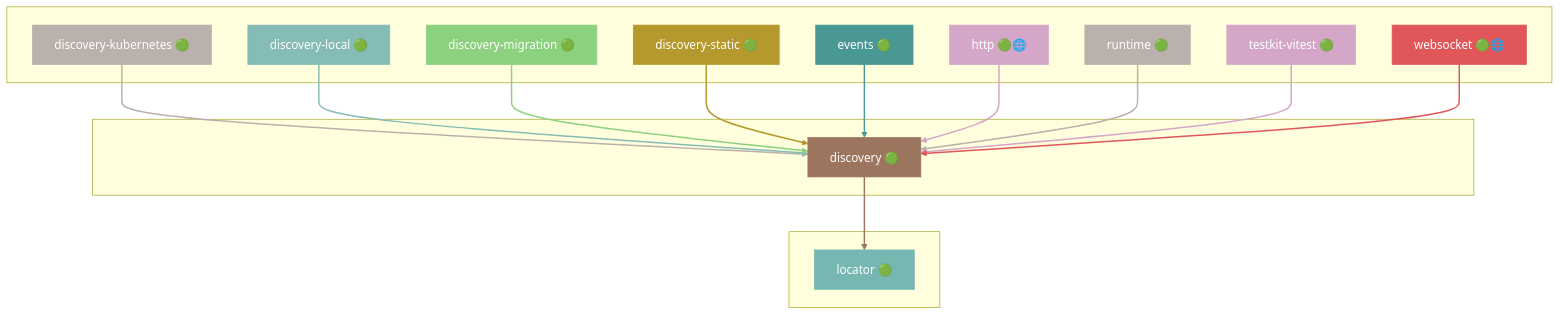
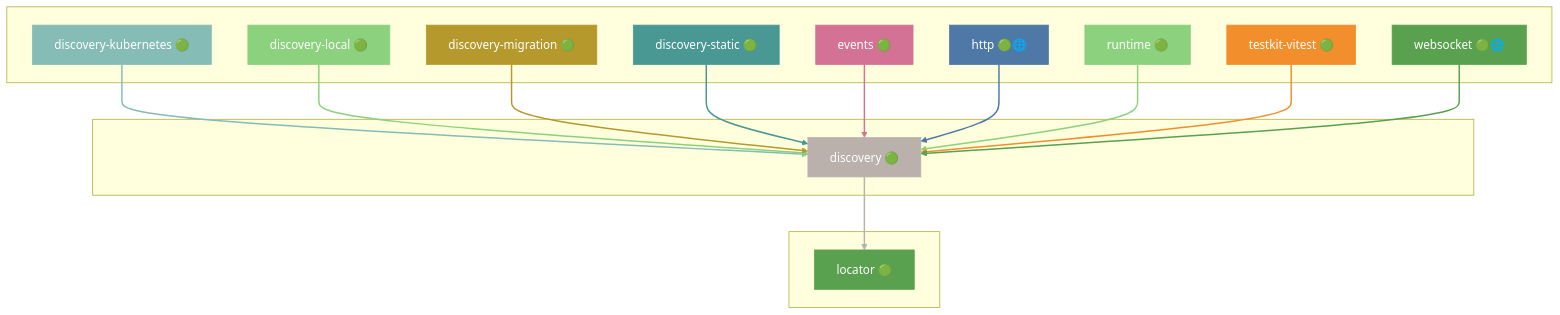
Before and after one commit to grest-ts/grest-ts: diagram 11 of 42 in docs/DEPENDENCIES.md, drawn with Mermaid. The commit also changed other lines of this file and 11 other files, not shown here.

````diff
--- a/docs/DEPENDENCIES.md
+++ b/docs/DEPENDENCIES.md
@@ -637,51 +691,51 @@
 ```mermaid
 flowchart TB
     subgraph Dependents[" "]
         discovery-kubernetes["discovery-kubernetes 🟢"]
         discovery-local["discovery-local 🟢"]
         discovery-migration["discovery-migration 🟢"]
         discovery-static["discovery-static 🟢"]
         events["events 🟢"]
         http["http 🟢🌐"]
         runtime["runtime 🟢"]
         testkit-vitest["testkit-vitest 🟢"]
         websocket["websocket 🟢🌐"]
     end
     subgraph Package[" "]
         discovery["discovery 🟢"]
     end
     subgraph Dependencies[" "]
         locator["locator 🟢"]
     end
     discovery-kubernetes --> discovery
     discovery-local --> discovery
     discovery-migration --> discovery
     discovery-static --> discovery
     events --> discovery
     http --> discovery
     runtime --> discovery
     testkit-vitest --> discovery
     websocket --> discovery
     discovery --> locator
-    style discovery fill:#9C755F,stroke:#9C755F,color:#fff
-    style discovery-kubernetes fill:#BAB0AC,stroke:#BAB0AC,color:#fff
-    style discovery-local fill:#86BCB6,stroke:#86BCB6,color:#fff
-    style discovery-migration fill:#8CD17D,stroke:#8CD17D,color:#fff
-    style discovery-static fill:#B6992D,stroke:#B6992D,color:#fff
-    style events fill:#499894,stroke:#499894,color:#fff
-    style http fill:#D4A6C8,stroke:#D4A6C8,color:#fff
-    style runtime fill:#BAB0AC,stroke:#BAB0AC,color:#fff
-    style testkit-vitest fill:#D4A6C8,stroke:#D4A6C8,color:#fff
-    style websocket fill:#E15759,stroke:#E15759,color:#fff
-    style locator fill:#76B7B2,stroke:#76B7B2,color:#fff
-    linkStyle 0 stroke:#BAB0AC,stroke-width:2px
-    linkStyle 1 stroke:#86BCB6,stroke-width:2px
-    linkStyle 2 stroke:#8CD17D,stroke-width:2px
-    linkStyle 3 stroke:#B6992D,stroke-width:2px
-    linkStyle 4 stroke:#499894,stroke-width:2px
-    linkStyle 5 stroke:#D4A6C8,stroke-width:2px
-    linkStyle 6 stroke:#BAB0AC,stroke-width:2px
-    linkStyle 7 stroke:#D4A6C8,stroke-width:2px
-    linkStyle 8 stroke:#E15759,stroke-width:2px
-    linkStyle 9 stroke:#9C755F,stroke-width:2px
+    style discovery fill:#BAB0AC,stroke:#BAB0AC,color:#fff
+    style discovery-kubernetes fill:#86BCB6,stroke:#86BCB6,color:#fff
+    style discovery-local fill:#8CD17D,stroke:#8CD17D,color:#fff
+    style discovery-migration fill:#B6992D,stroke:#B6992D,color:#fff
+    style discovery-static fill:#499894,stroke:#499894,color:#fff
+    style events fill:#D37295,stroke:#D37295,color:#fff
+    style http fill:#4E79A7,stroke:#4E79A7,color:#fff
+    style runtime fill:#8CD17D,stroke:#8CD17D,color:#fff
+    style testkit-vitest fill:#F28E2B,stroke:#F28E2B,color:#fff
+    style websocket fill:#59A14F,stroke:#59A14F,color:#fff
+    style locator fill:#59A14F,stroke:#59A14F,color:#fff
+    linkStyle 0 stroke:#86BCB6,stroke-width:2px
+    linkStyle 1 stroke:#8CD17D,stroke-width:2px
+    linkStyle 2 stroke:#B6992D,stroke-width:2px
+    linkStyle 3 stroke:#499894,stroke-width:2px
+    linkStyle 4 stroke:#D37295,stroke-width:2px
+    linkStyle 5 stroke:#4E79A7,stroke-width:2px
+    linkStyle 6 stroke:#8CD17D,stroke-width:2px
+    linkStyle 7 stroke:#F28E2B,stroke-width:2px
+    linkStyle 8 stroke:#59A14F,stroke-width:2px
+    linkStyle 9 stroke:#BAB0AC,stroke-width:2px
 ```
````
